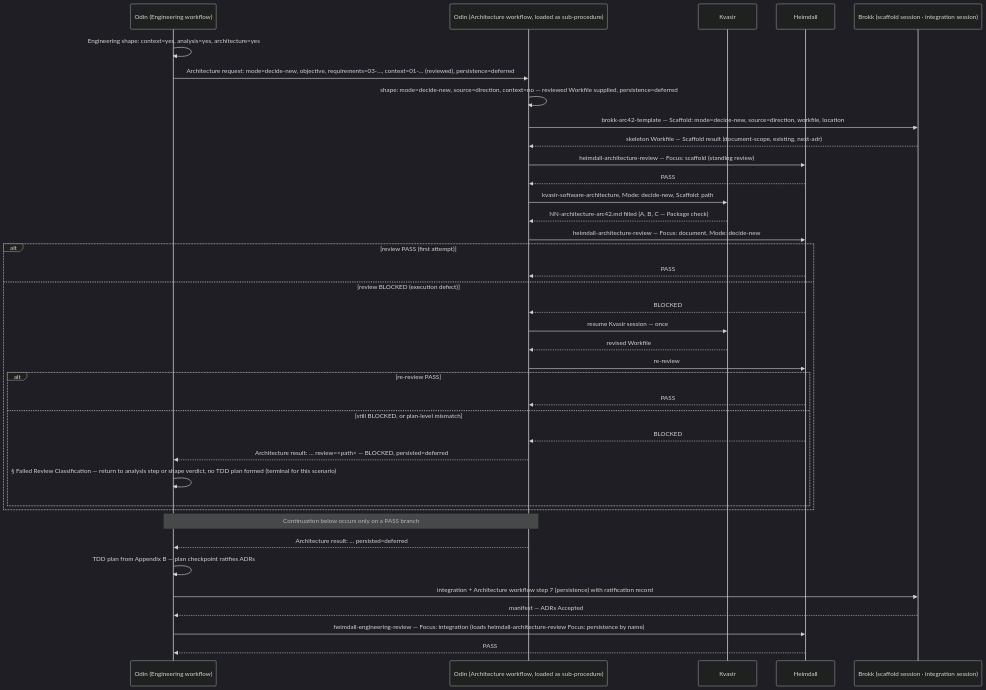
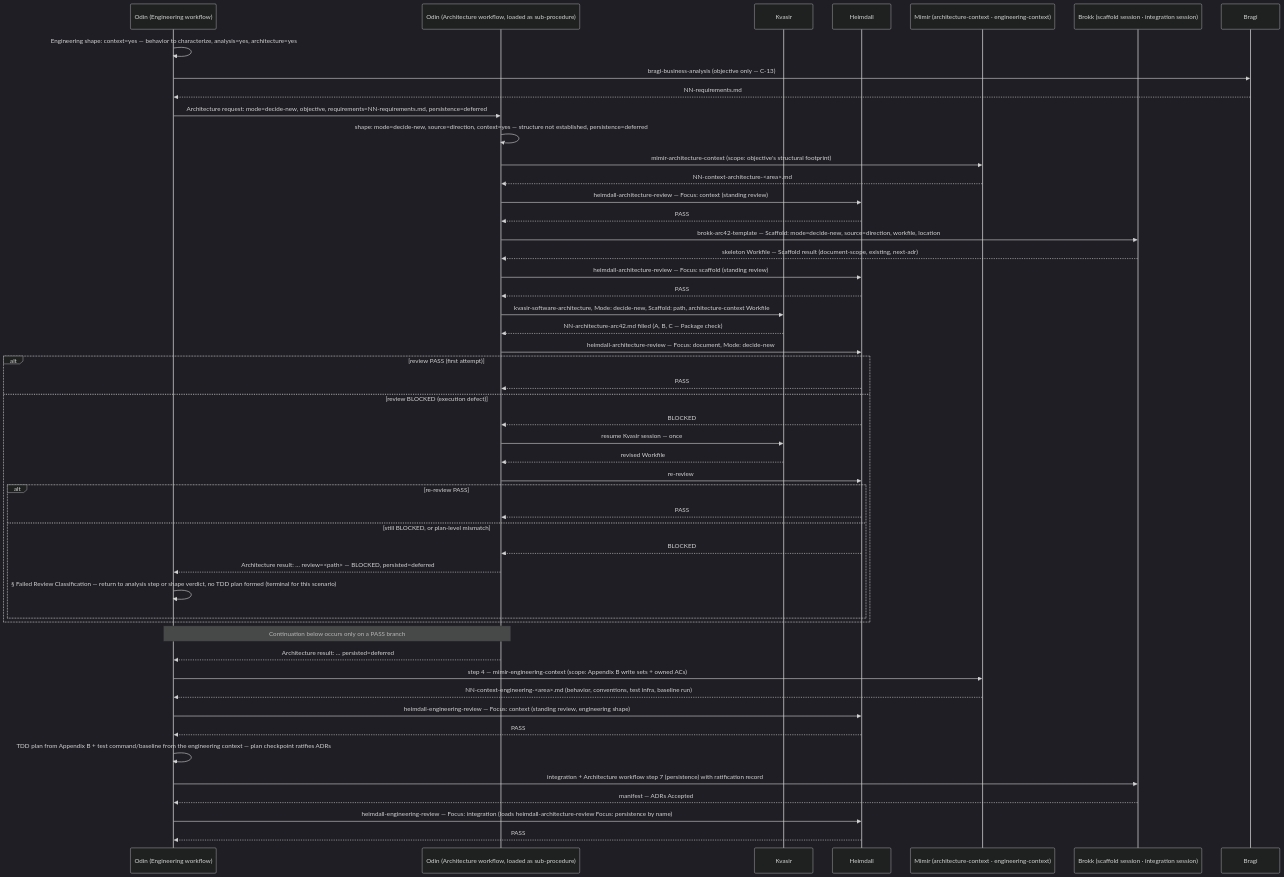
Before and after one commit to nstucki/yggdrasil: the second of 2 diagrams in docs/architecture/06-runtime-view.md, drawn with Mermaid (dark theme). The commit also changed other lines of this file and 15 other files, not shown here.

First line of the commit message:
docs: persist Revision 4 of the arc42 architecture as an update delta

````diff
--- a/docs/architecture/06-runtime-view.md
+++ b/docs/architecture/06-runtime-view.md
@@ -48,40 +48,52 @@
 ```mermaid
 sequenceDiagram
   participant E as Odin (Engineering workflow)
   participant A as Odin (Architecture workflow, loaded as sub-procedure)
   participant K as Kvasir
   participant H as Heimdall
+  participant M as Mimir (architecture-context · engineering-context)
   participant B as Brokk (scaffold session · integration session)
-  E->>E: Engineering shape: context=yes, analysis=yes, architecture=yes
-  E->>A: Architecture request: mode=decide-new, objective, requirements=03-…, context=01-… (reviewed), persistence=deferred
-  A->>A: shape: mode=decide-new, source=direction, context=no — reviewed Workfile supplied, persistence=deferred
+  participant G as Bragi
+  E->>E: Engineering shape: context=yes — behavior to characterize, analysis=yes, architecture=yes
+  E->>G: bragi-business-analysis (objective only — C-13)
+  G-->>E: NN-requirements.md
+  E->>A: Architecture request: mode=decide-new, objective, requirements=NN-requirements.md, persistence=deferred
+  A->>A: shape: mode=decide-new, source=direction, context=yes — structure not established, persistence=deferred
+  A->>M: mimir-architecture-context (scope: objective's structural footprint)
+  M-->>A: NN-context-architecture-<area>.md
+  A->>H: heimdall-architecture-review — Focus: context (standing review)
+  H-->>A: PASS
   A->>B: brokk-arc42-template — Scaffold: mode=decide-new, source=direction, workfile, location
   B-->>A: skeleton Workfile — Scaffold result (document-scope, existing, next-adr)
   A->>H: heimdall-architecture-review — Focus: scaffold (standing review)
   H-->>A: PASS
-  A->>K: kvasir-software-architecture, Mode: decide-new, Scaffold: path
+  A->>K: kvasir-software-architecture, Mode: decide-new, Scaffold: path, architecture-context Workfile
   K-->>A: NN-architecture-arc42.md filled (A, B, C — Package check)
   A->>H: heimdall-architecture-review — Focus: document, Mode: decide-new
   alt review PASS (first attempt)
     H-->>A: PASS
   else review BLOCKED (execution defect)
     H-->>A: BLOCKED
     A->>K: resume Kvasir session — once
     K-->>A: revised Workfile
     A->>H: re-review
     alt re-review PASS
       H-->>A: PASS
     else still BLOCKED, or plan-level mismatch
       H-->>A: BLOCKED
       A-->>E: Architecture result: … review=<path> — BLOCKED, persisted=deferred
       E->>E: § Failed Review Classification — return to analysis step or shape verdict, no TDD plan formed (terminal for this scenario)
     end
   end
   Note over A,E: Continuation below occurs only on a PASS branch
   A-->>E: Architecture result: … persisted=deferred
-  E->>E: TDD plan from Appendix B — plan checkpoint ratifies ADRs
+  E->>M: step 4 — mimir-engineering-context (scope: Appendix B write sets + owned ACs)
+  M-->>E: NN-context-engineering-<area>.md (behavior, conventions, test infra, baseline run)
+  E->>H: heimdall-engineering-review — Focus: context (standing review, engineering shape)
+  H-->>E: PASS
+  E->>E: TDD plan from Appendix B + test command/baseline from the engineering context — plan checkpoint ratifies ADRs
   E->>B: integration + Architecture workflow step 7 (persistence) with ratification record
   B-->>E: manifest — ADRs Accepted
   E->>H: heimdall-engineering-review — Focus: integration (loads heimdall-architecture-review Focus: persistence by name)
   H-->>E: PASS
 ```
````
